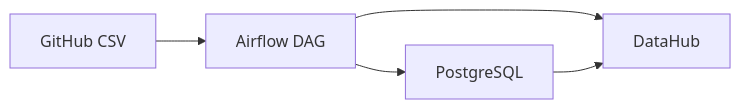
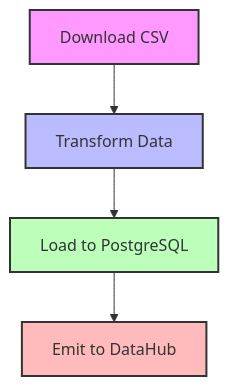
The diagram in README.md (Subashkhanal2580/Metadata_Ingestion_Datahub_), drawn with Mermaid before and after one commit. The commit also changed other lines of this file, not shown here.

````diff
--- a/README.md
+++ b/README.md
@@ -7,7 +313,10 @@
 ```mermaid
-graph LR
-    A[GitHub CSV] --> B[Airflow DAG]
-    B --> C[PostgreSQL]
-    B --> D[DataHub]
-    C --> D
+graph TD
+    A[Download CSV] --> B[Transform Data]
+    B --> C[Load to PostgreSQL]
+    C --> D[Emit to DataHub]
+    style A fill:#f9f,stroke:#333,stroke-width:2px
+    style B fill:#bbf,stroke:#333,stroke-width:2px
+    style C fill:#bfb,stroke:#333,stroke-width:2px
+    style D fill:#fbb,stroke:#333,stroke-width:2px
 ```
````
